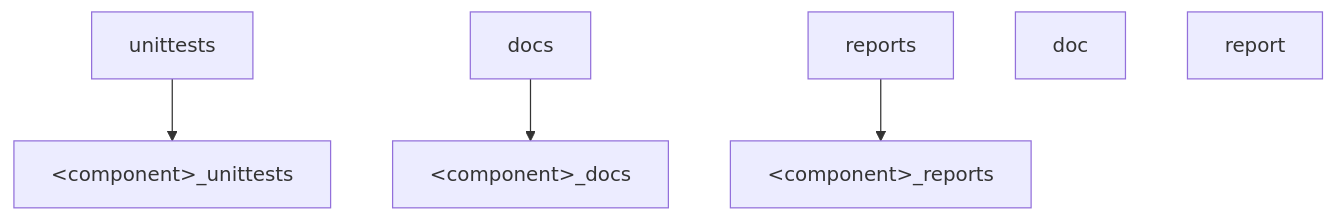
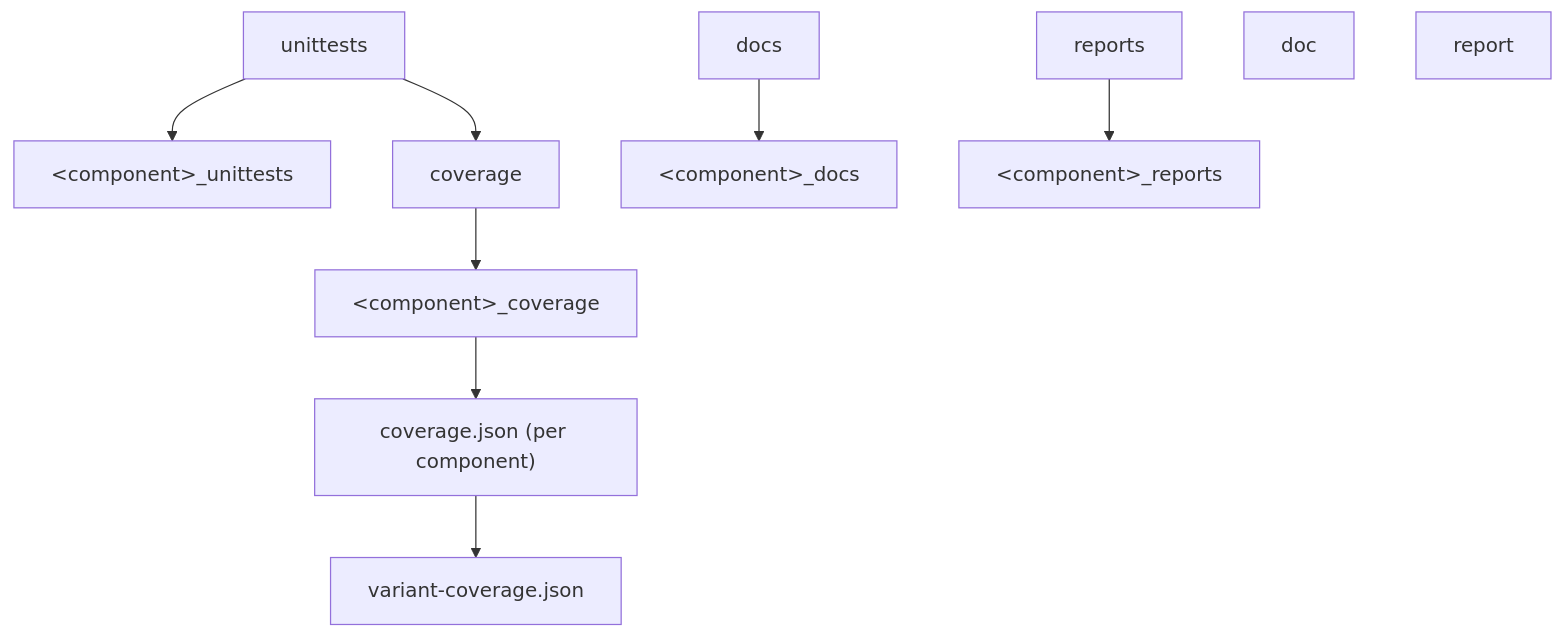
The second of 2 diagrams in docs/internals/index.md (avengineers/spl-core), drawn with Mermaid before and after one commit. The commit also changed other lines of this file and 5 other files, not shown here.

First line of the commit message:
fix: rebuild coverage.json when gcovr is updated

````diff
--- a/docs/internals/index.md
+++ b/docs/internals/index.md
@@ -128,8 +128,12 @@
 ```{mermaid}
 graph TB
     unittests --> component_unittests["&lt;component&gt;_unittests"]
+    unittests --> coverage
+    coverage --> component_coverage["&lt;component&gt;_coverage"]
+    component_coverage --> coverage_json["coverage.json (per component)"]
+    coverage_json --> variant_coverage_json["variant-coverage.json"]
     docs --> component_docs["&lt;component&gt;_docs"]
     reports --> component_report["&lt;component&gt;_reports"]
     doc
     report
 ```
````
